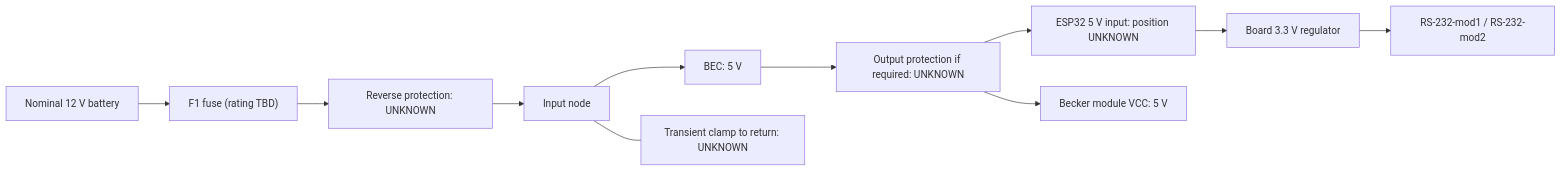
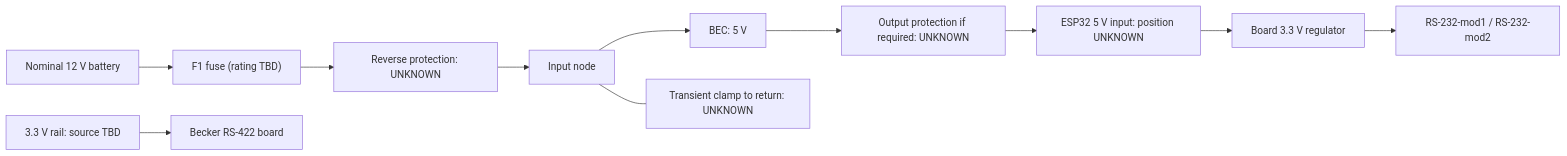
Before and after one commit to MomoRC-tech/Becker-AR6201-to-OpenSoar: the second of 2 diagrams in docs/connections.md, drawn with Mermaid. The commit also changed other lines of this file and 5 other files, not shown here.

Commit message:
Require a 3.3 V RS-422 board for Becker

````diff
--- a/docs/connections.md
+++ b/docs/connections.md
@@ -167,11 +167,11 @@
 ```mermaid
 flowchart LR
     S["Nominal 12 V battery"] --> F1["F1 fuse (rating TBD)"]
     F1 --> P["Reverse protection: UNKNOWN"]
     P --> I[Input node] --> B["BEC: 5 V"]
     I --- T["Transient clamp to return: UNKNOWN"]
     B --> V["Output protection if required: UNKNOWN"] --> E["ESP32 5 V input: position UNKNOWN"]
     E --> R[Board 3.3 V regulator]
     R --> C["RS-232-mod1 / RS-232-mod2"]
-    V --> Q["Becker module VCC: 5 V"]
+    TBD["3.3 V rail: source TBD"] --> Q["Becker RS-422 board"]
 ```
````
